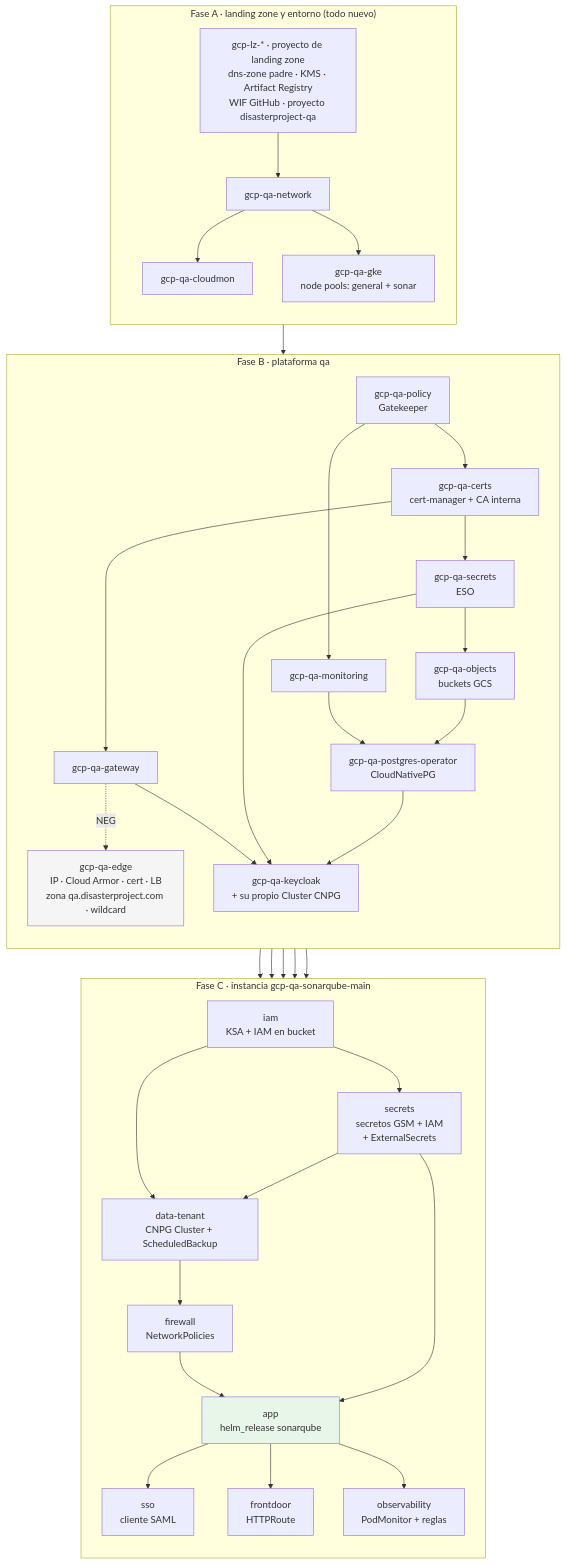
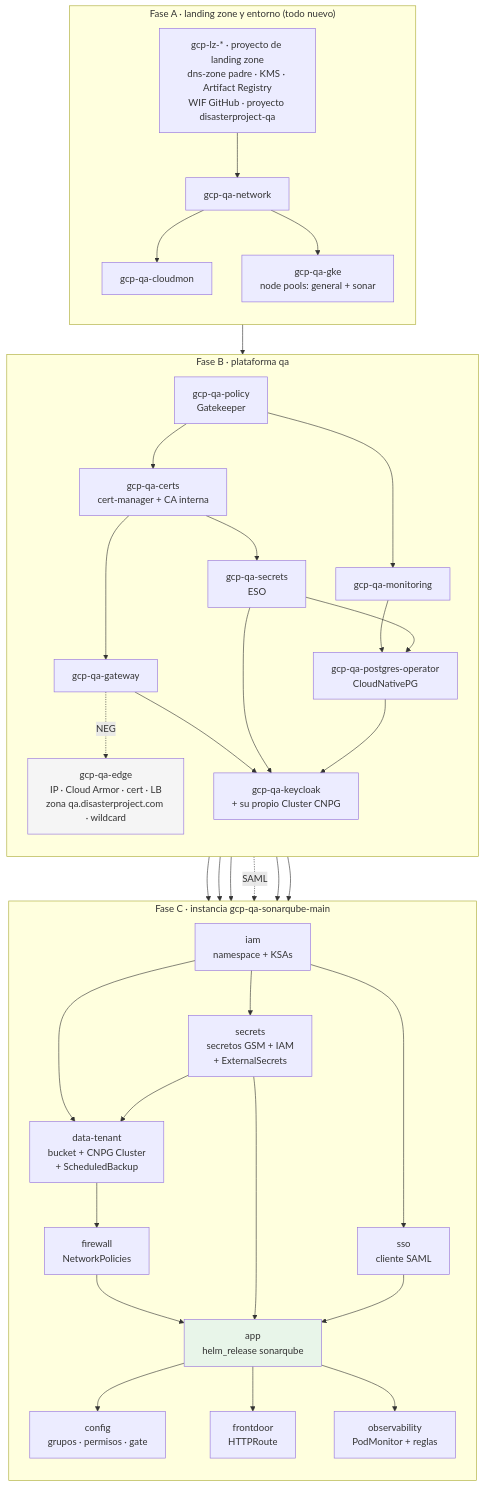
Before and after one commit to aescanero/proposal_documents: the diagram in docs/proposals/sonarqube-qa/diagrams/03-orden-despliegue.mmd, drawn with Mermaid. The commit also changed 11 other files, not shown here.

```diff
--- a/docs/proposals/sonarqube-qa/diagrams/03-orden-despliegue.mmd
+++ b/docs/proposals/sonarqube-qa/diagrams/03-orden-despliegue.mmd
@@ -1,45 +1,47 @@
 flowchart TD
     subgraph Z["Fase A · landing zone y entorno (todo nuevo)"]
         direction TB
         LZ["gcp-lz-* · proyecto de landing zone<br/>dns-zone padre · KMS · Artifact Registry<br/>WIF GitHub · proyecto disasterproject-qa"] --> N["gcp-qa-network"]
         N --> CM["gcp-qa-cloudmon"]
         N --> C["gcp-qa-gke<br/>node pools: general + sonar"]
     end
 
     subgraph P["Fase B · plataforma qa"]
         direction TB
         C --> PO["gcp-qa-policy<br/>Gatekeeper"]
         PO --> CE["gcp-qa-certs<br/>cert-manager + CA interna"]
         PO --> M["gcp-qa-monitoring"]
         CE --> S1["gcp-qa-secrets<br/>ESO"]
         CE --> GW["gcp-qa-gateway"]
         GW -. "NEG" .-> ED["gcp-qa-edge<br/>IP · Cloud Armor · cert · LB<br/>zona qa.disasterproject.com · wildcard"]
-        S1 --> OB["gcp-qa-objects<br/>buckets GCS"]
-        OB --> DB["gcp-qa-postgres-operator<br/>CloudNativePG"]
+        S1 --> DB["gcp-qa-postgres-operator<br/>CloudNativePG"]
         M --> DB
         DB --> KC["gcp-qa-keycloak<br/>+ su propio Cluster CNPG"]
         S1 --> KC
         GW --> KC
     end
 
     subgraph I["Fase C · instancia gcp-qa-sonarqube-main"]
         direction TB
-        IAM["iam<br/>KSA + IAM en bucket"] --> SEC["secrets<br/>secretos GSM + IAM<br/>+ ExternalSecrets"]
-        IAM --> DATA["data-tenant<br/>CNPG Cluster + ScheduledBackup"]
+        IAM["iam<br/>namespace + KSAs"] --> SEC["secrets<br/>secretos GSM + IAM<br/>+ ExternalSecrets"]
+        IAM --> DATA["data-tenant<br/>bucket + CNPG Cluster<br/>+ ScheduledBackup"]
         SEC --> DATA
         DATA --> FW["firewall<br/>NetworkPolicies"]
         FW --> APP["app<br/>helm_release sonarqube"]
         SEC --> APP
-        APP --> SSO["sso<br/>cliente SAML"]
+        IAM --> SSO["sso<br/>cliente SAML"]
+        SSO --> APP
+        APP --> CFG["config<br/>grupos · permisos · gate"]
         APP --> FD["frontdoor<br/>HTTPRoute"]
         APP --> OBS["observability<br/>PodMonitor + reglas"]
     end
 
     S1 --> SEC
     DB --> DATA
     KC --> SSO
+    KC -. "SAML" .-> APP
     GW --> FD
     M --> OBS
 
     style ED fill:#f5f5f5
     style APP fill:#e8f5e9
```
